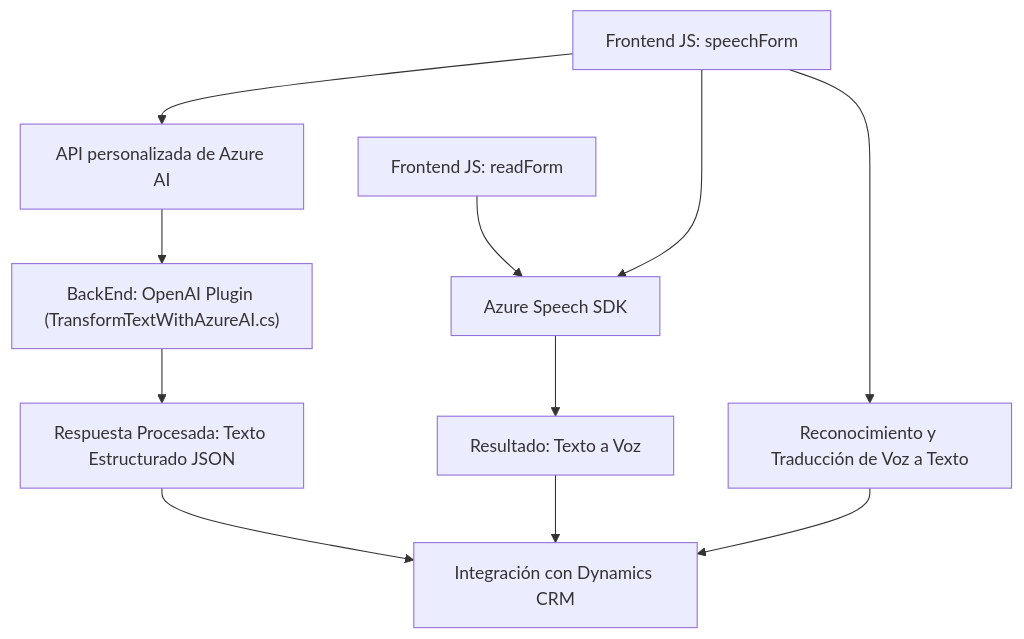
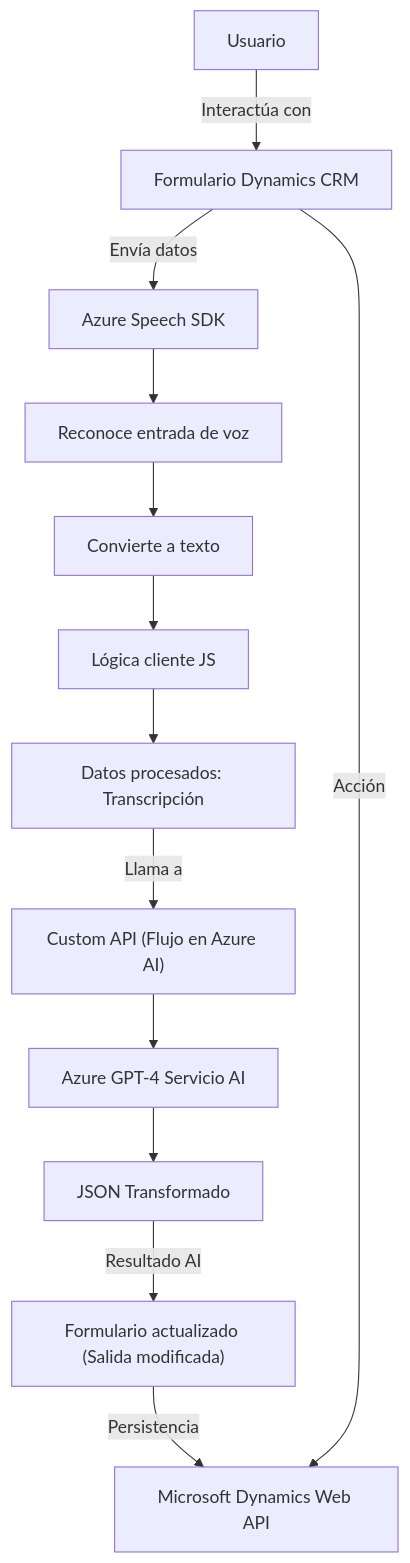
The diagram in README.md (blopezdm/NETCORE_BILBAO2025), drawn with Mermaid before and after one commit. The commit also changed other lines of this file, not shown here.

Commit message:
Actualizar análisis global de la solución con IA

````diff
--- a/README.md
+++ b/README.md
@@ -38,13 +43,15 @@
 ```mermaid
 graph TD
-    A["Frontend JS: readForm"] --> B["Azure Speech SDK"]
-    C["Frontend JS: speechForm"] --> B
-    B --> D["Resultado: Texto a Voz"]
-    C --> E["Reconocimiento y Traducción de Voz a Texto"]
-    C --> F["API personalizada de Azure AI"]
-    F --> G["BackEnd: OpenAI Plugin (TransformTextWithAzureAI.cs)"]
-    G --> H["Respuesta Procesada: Texto Estructurado JSON"]
-    H --> I["Integración con Dynamics CRM"]
-    D --> I
-    E --> I
+    A["Usuario"] -->|Interactúa con| B["Formulario Dynamics CRM"]
+    B -->|Envía datos| C["Azure Speech SDK"]
+    C --> G["Reconoce entrada de voz"]
+    G --> H["Convierte a texto"]
+    H --> I["Lógica cliente JS"]
+    I --> J["Datos procesados: Transcripción"]
+    J -->|Llama a| K["Custom API (Flujo en Azure AI)"]
+    K --> L["Azure GPT-4 Servicio AI"]
+    L --> M["JSON Transformado"]
+    M -->|Resultado AI| F["Formulario actualizado (Salida modificada)"]
+    F -->|Persistencia| E["Microsoft Dynamics Web API"]
+    B -->|Acción| E
 ```
````
